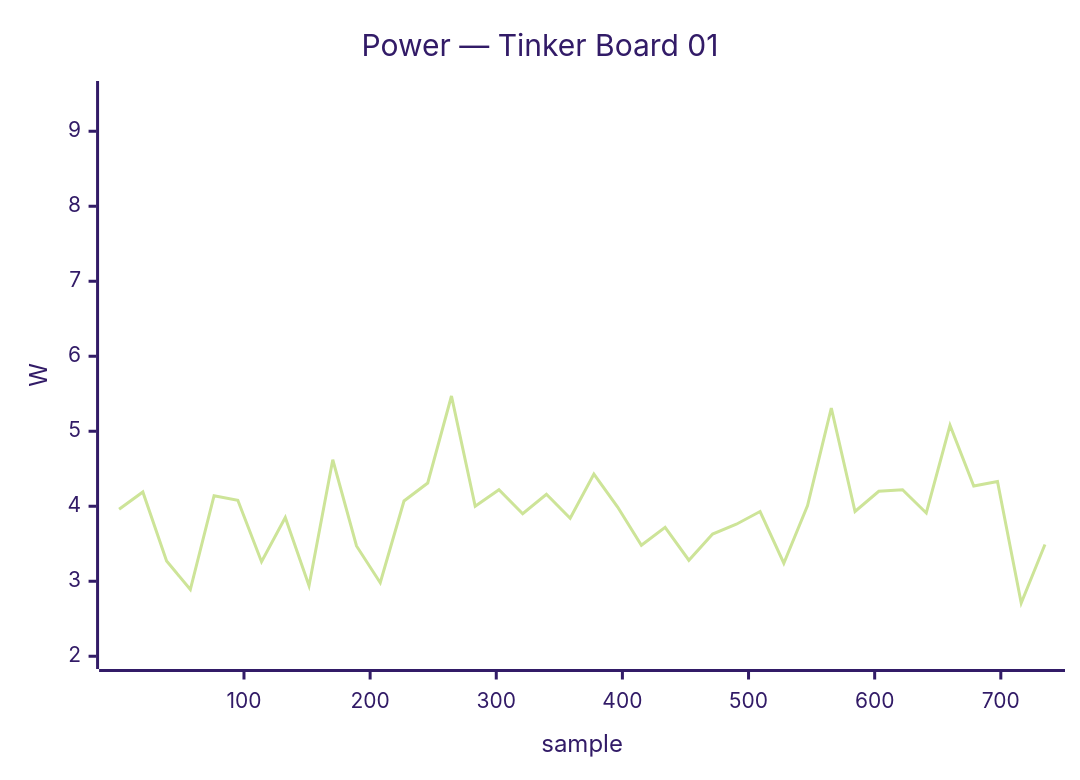
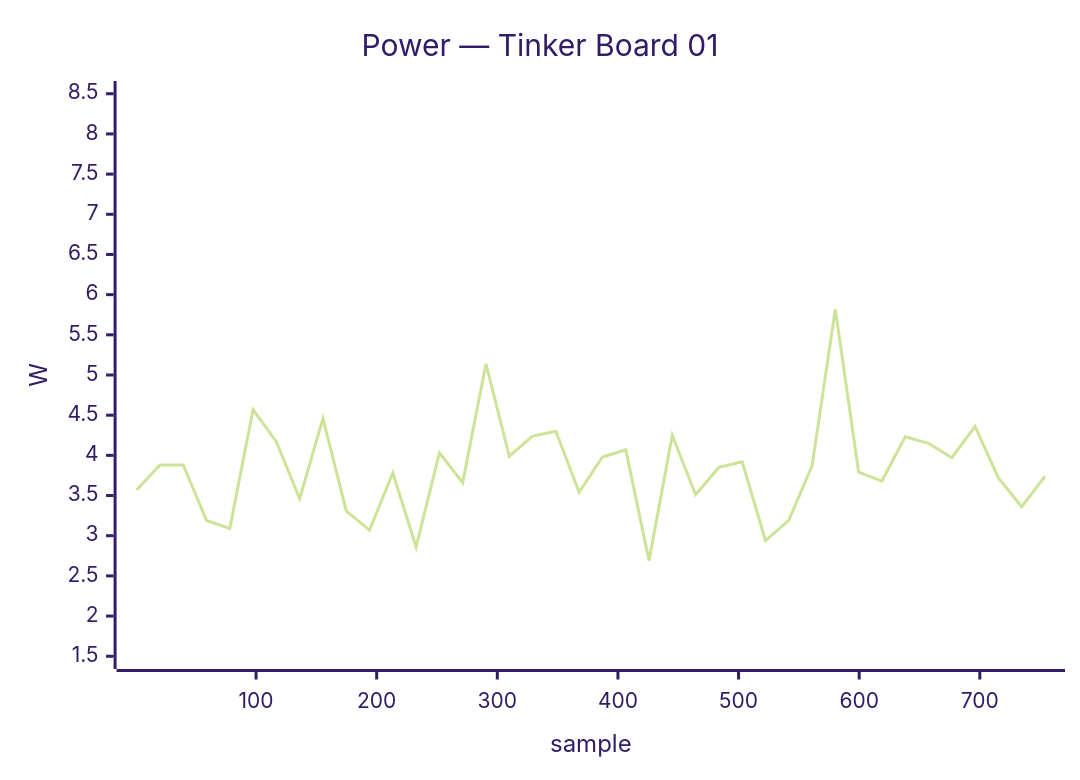
Before and after one commit to armbian/documentation: diagram 29 of 32 in docs/status/board-tests.md, drawn with Mermaid (forest theme). The commit also changed other lines of this file, not shown here.

````diff
--- a/docs/status/board-tests.md
+++ b/docs/status/board-tests.md
@@ -1492,7 +1618,7 @@
 ```mermaid
 xychart-beta
     title "Power — Tinker Board 01"
-    x-axis "sample" 1 --> 735
-    y-axis "W" 2.0 --> 9.5
-    line [3.96, 4.19, 3.27, 2.89, 4.14, 4.08, 3.26, 3.85, 2.94, 4.62, 3.47, 2.98, 4.07, 4.31, 5.47, 4.00, 4.22, 3.90, 4.16, 3.84, 4.43, 3.99, 3.48, 3.72, 3.28, 3.63, 3.76, 3.93, 3.24, 4.01, 5.31, 3.93, 4.20, 4.22, 3.91, 5.08, 4.27, 4.33, 2.71, 3.49]
+    x-axis "sample" 1 --> 754
+    y-axis "W" 1.5 --> 8.5
+    line [3.57, 3.88, 3.88, 3.19, 3.09, 4.57, 4.17, 3.46, 4.46, 3.31, 3.07, 3.78, 2.86, 4.03, 3.66, 5.14, 3.99, 4.24, 4.30, 3.54, 3.98, 4.07, 2.69, 4.25, 3.51, 3.85, 3.92, 2.94, 3.19, 3.87, 5.82, 3.79, 3.68, 4.23, 4.15, 3.97, 4.36, 3.72, 3.36, 3.74]
 ```
````
